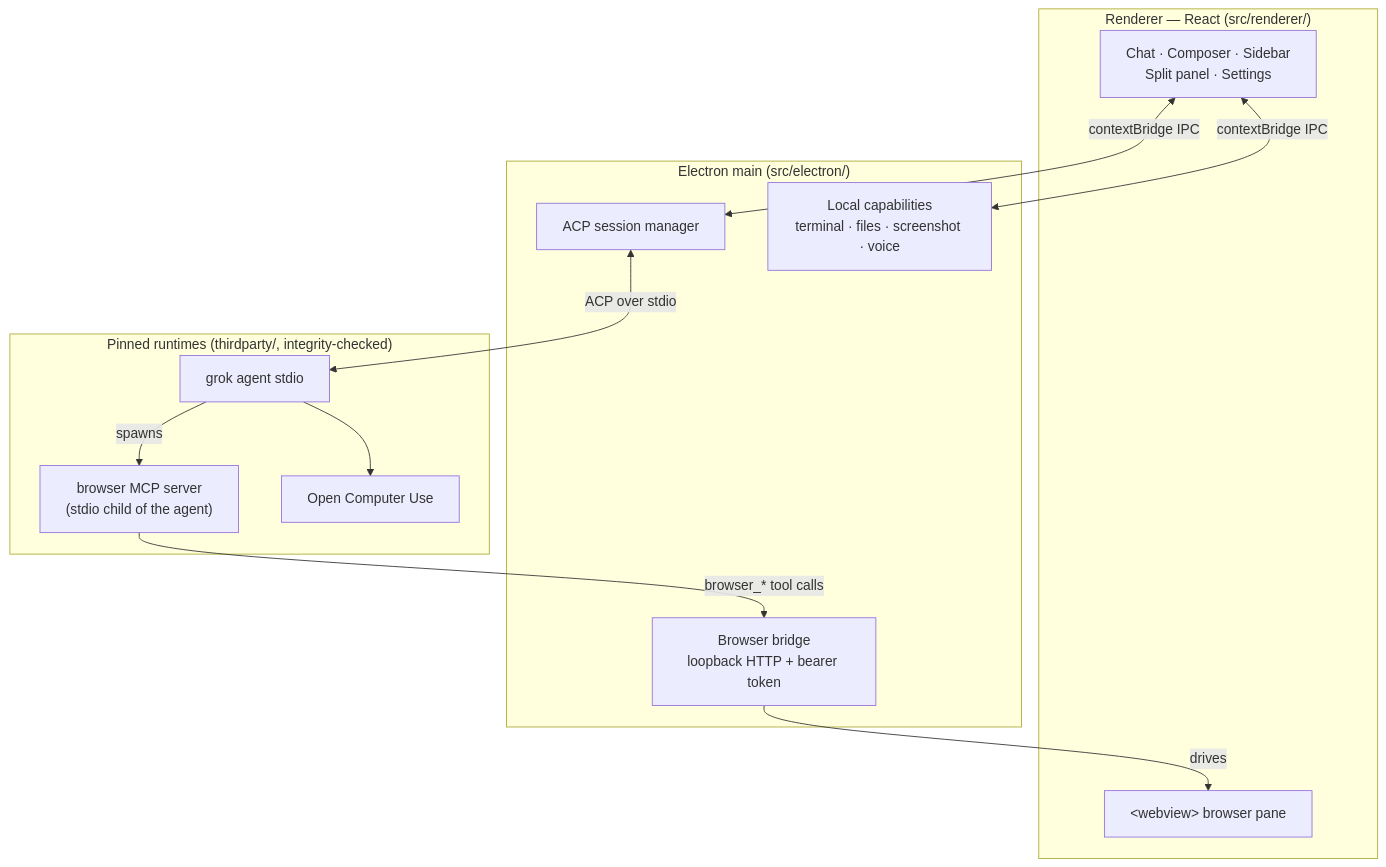
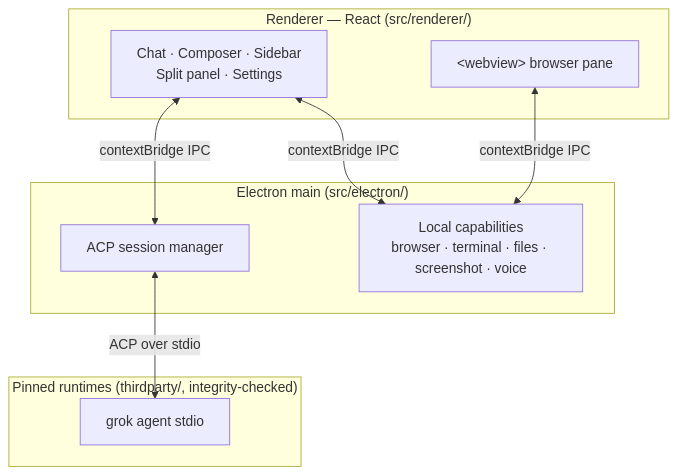
Before and after one commit to Azunyan1111/grok-build-gui: the diagram in README.md, drawn with Mermaid. The commit also changed other lines of this file and 96 other files, not shown here.

````diff
--- a/README.md
+++ b/README.md
@@ -122,27 +115,21 @@
 ```mermaid
 flowchart TB
     subgraph renderer["Renderer — React (src/renderer/)"]
         UI["Chat · Composer · Sidebar<br/>Split panel · Settings"]
         WV["&lt;webview&gt; browser pane"]
     end
 
     subgraph main["Electron main (src/electron/)"]
         SESS["ACP session manager"]
-        CAPS["Local capabilities<br/>terminal · files · screenshot · voice"]
-        BRIDGE["Browser bridge<br/>loopback HTTP + bearer token"]
+        CAPS["Local capabilities<br/>browser · terminal · files · screenshot · voice"]
     end
 
     subgraph pinned["Pinned runtimes (thirdparty/, integrity-checked)"]
         AGENT["grok agent stdio"]
-        MCP["browser MCP server<br/>(stdio child of the agent)"]
-        OCU["Open Computer Use"]
     end
 
     UI <-->|contextBridge IPC| SESS
     UI <-->|contextBridge IPC| CAPS
     SESS <-->|"ACP over stdio"| AGENT
-    AGENT -->|spawns| MCP
-    MCP -->|"browser_* tool calls"| BRIDGE
-    BRIDGE -->|drives| WV
-    AGENT --> OCU
+    WV <-->|contextBridge IPC| CAPS
 ```
````
